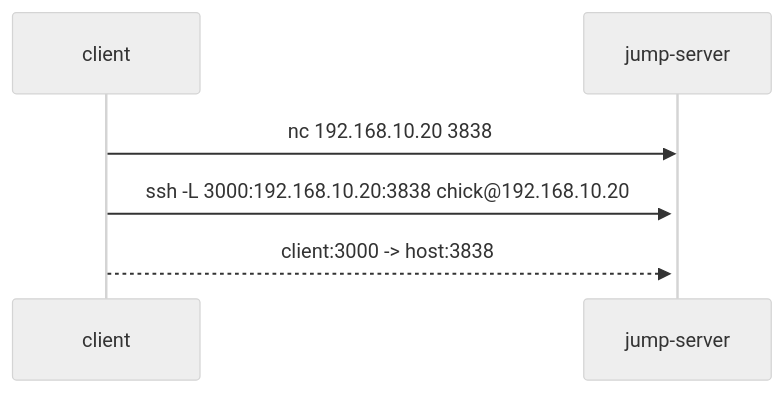
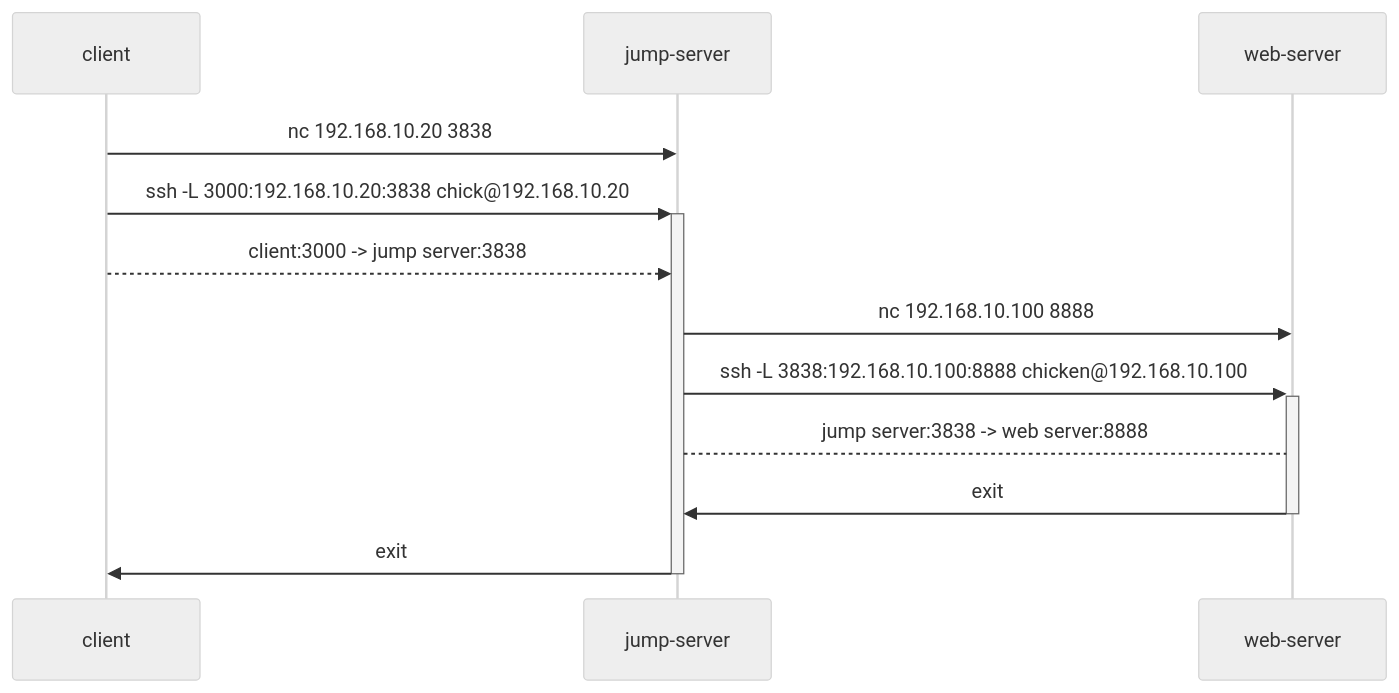
One commit to qwasium/ssh-memo changed the first of 2 diagrams in local-port-forward.md. Above: the diagram before and after it, drawn with Mermaid (neutral theme). The commit also changed other lines of this file, not shown here.

````diff
--- a/local-port-forward.md
+++ b/local-port-forward.md
@@ -37,6 +37,11 @@
 ```mermaid
 sequenceDiagram
   client ->> jump-server: nc 192.168.10.20 3838
   client ->> +jump-server: ssh -L 3000:192.168.10.20:3838 chick@192.168.10.20
-  client -->> jump-server: client:3000 -> host:3838
+  client -->> jump-server: client:3000 -> jump server:3838
+  jump-server ->> web-server: nc 192.168.10.100 8888
+  jump-server ->> +web-server: ssh -L 3838:192.168.10.100:8888 chicken@192.168.10.100
+  jump-server --> web-server: jump server:3838 -> web server:8888
+  web-server ->> -jump-server: exit
+  jump-server ->> -client: exit
 ```
````
